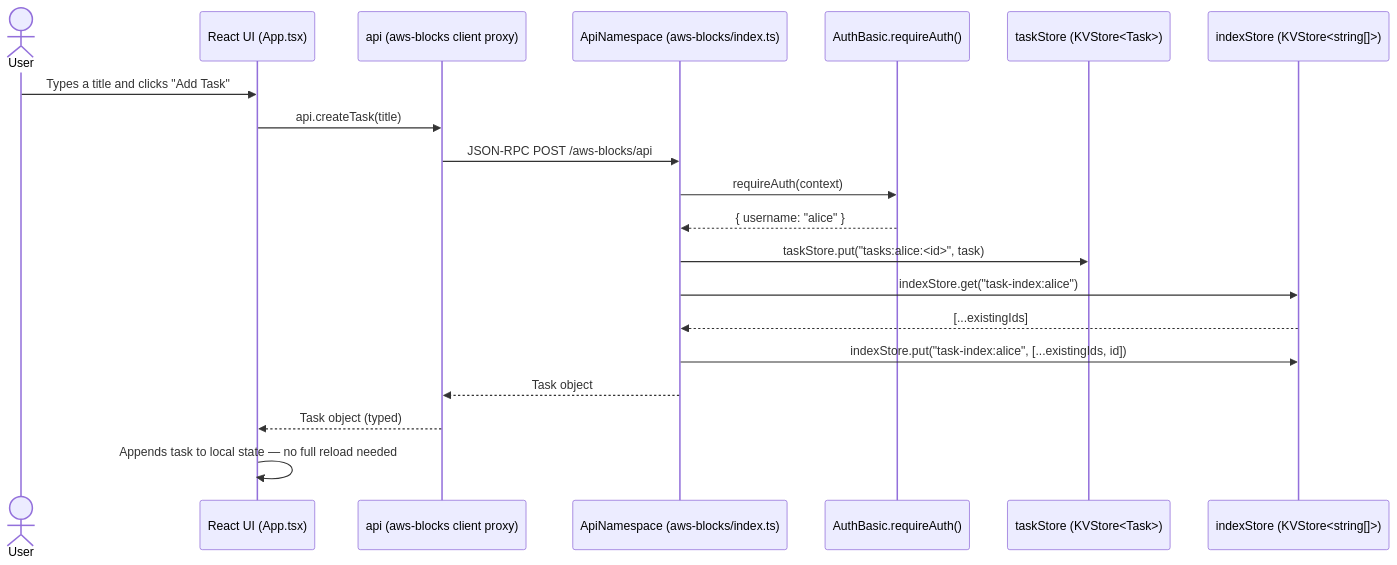
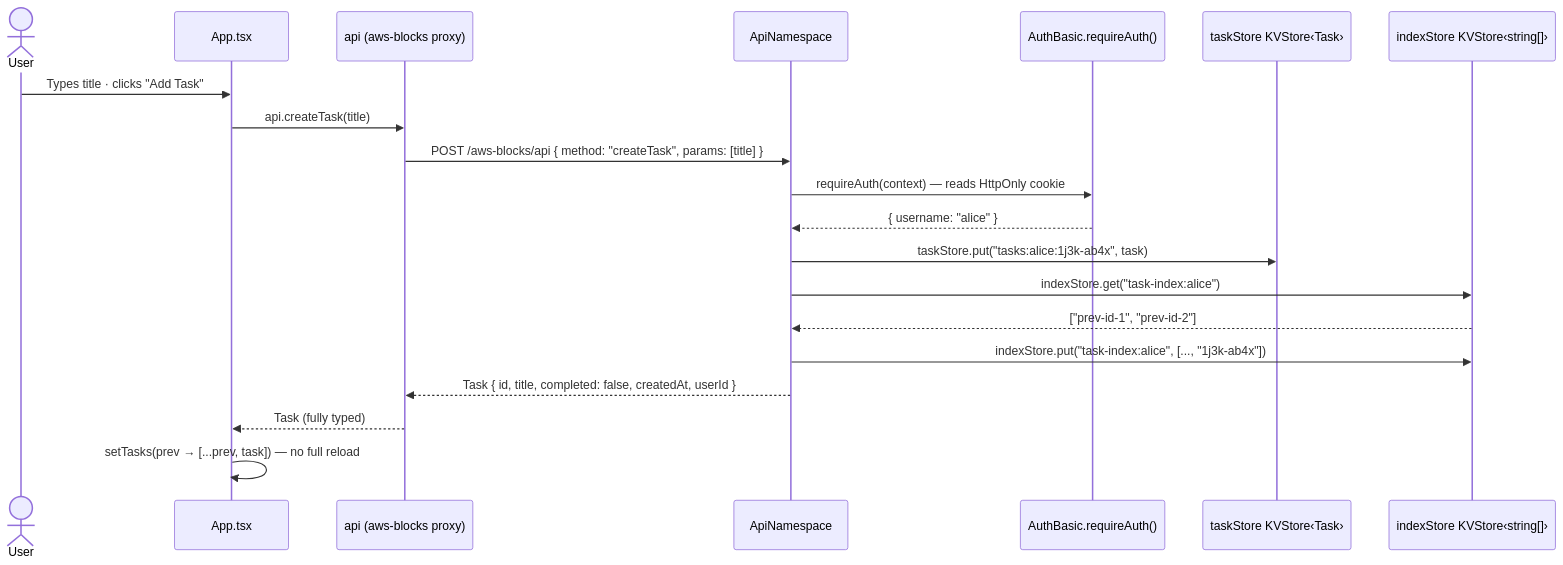
Before and after one commit to SRIGANTH-K/aws-blocks-challenge-student-task-manager: the diagram in README.md, drawn with Mermaid. The commit also changed other lines of this file, not shown here.

````diff
--- a/README.md
+++ b/README.md
@@ -129,23 +190,23 @@
 ```mermaid
 sequenceDiagram
     actor User
-    participant UI as React UI (App.tsx)
-    participant Proxy as api (aws-blocks client proxy)
-    participant NS as ApiNamespace (aws-blocks/index.ts)
+    participant UI as App.tsx
+    participant Proxy as api (aws-blocks proxy)
+    participant NS as ApiNamespace
     participant Auth as AuthBasic.requireAuth()
-    participant TS as taskStore (KVStore<Task>)
-    participant IS as indexStore (KVStore<string[]>)
+    participant TS as taskStore KVStore‹Task›
+    participant IS as indexStore KVStore‹string[]›
 
-    User->>UI: Types a title and clicks "Add Task"
+    User->>UI: Types title · clicks "Add Task"
     UI->>Proxy: api.createTask(title)
-    Proxy->>NS: JSON-RPC POST /aws-blocks/api
-    NS->>Auth: requireAuth(context)
+    Proxy->>NS: POST /aws-blocks/api  { method: "createTask", params: [title] }
+    NS->>Auth: requireAuth(context) — reads HttpOnly cookie
     Auth-->>NS: { username: "alice" }
-    NS->>TS: taskStore.put("tasks:alice:<id>", task)
+    NS->>TS: taskStore.put("tasks:alice:1j3k-ab4x", task)
     NS->>IS: indexStore.get("task-index:alice")
-    IS-->>NS: [...existingIds]
-    NS->>IS: indexStore.put("task-index:alice", [...existingIds, id])
-    NS-->>Proxy: Task object
-    Proxy-->>UI: Task object (typed)
-    UI->>UI: Appends task to local state — no full reload needed
+    IS-->>NS: ["prev-id-1", "prev-id-2"]
+    NS->>IS: indexStore.put("task-index:alice", [..., "1j3k-ab4x"])
+    NS-->>Proxy: Task { id, title, completed: false, createdAt, userId }
+    Proxy-->>UI: Task (fully typed)
+    UI->>UI: setTasks(prev → [...prev, task])  — no full reload
 ```
````
